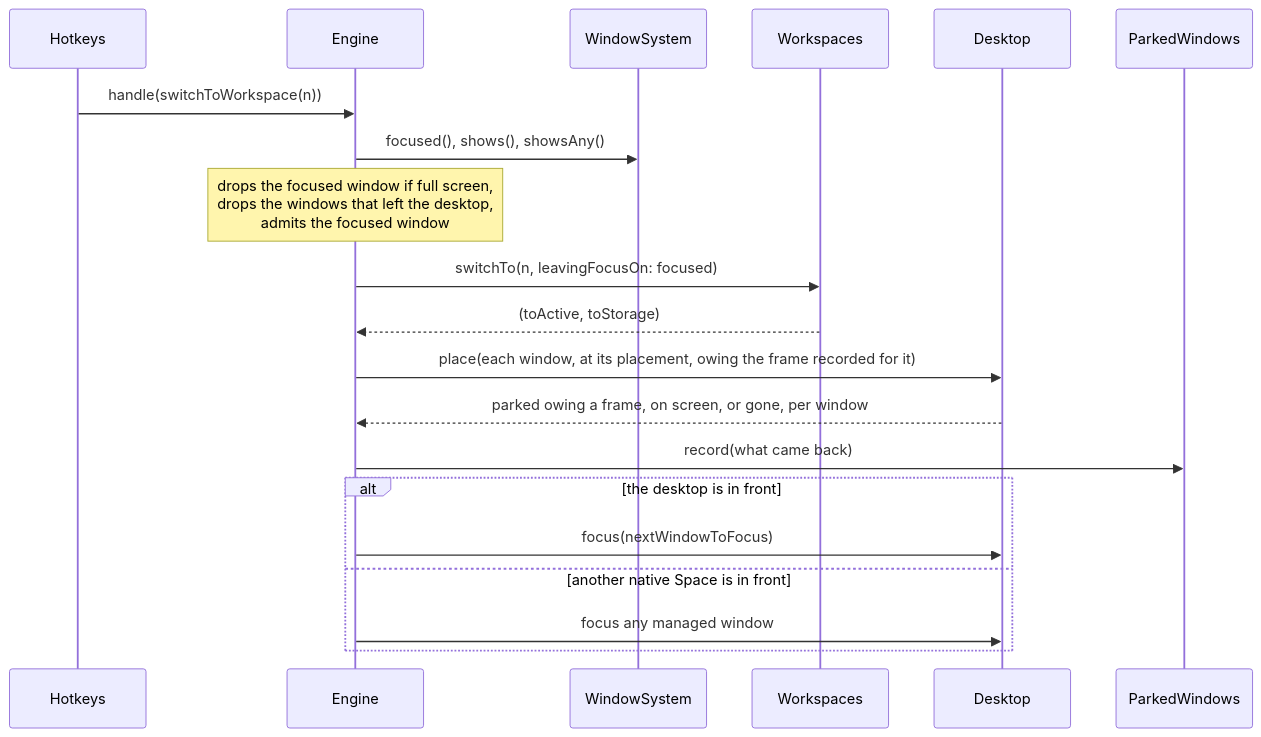
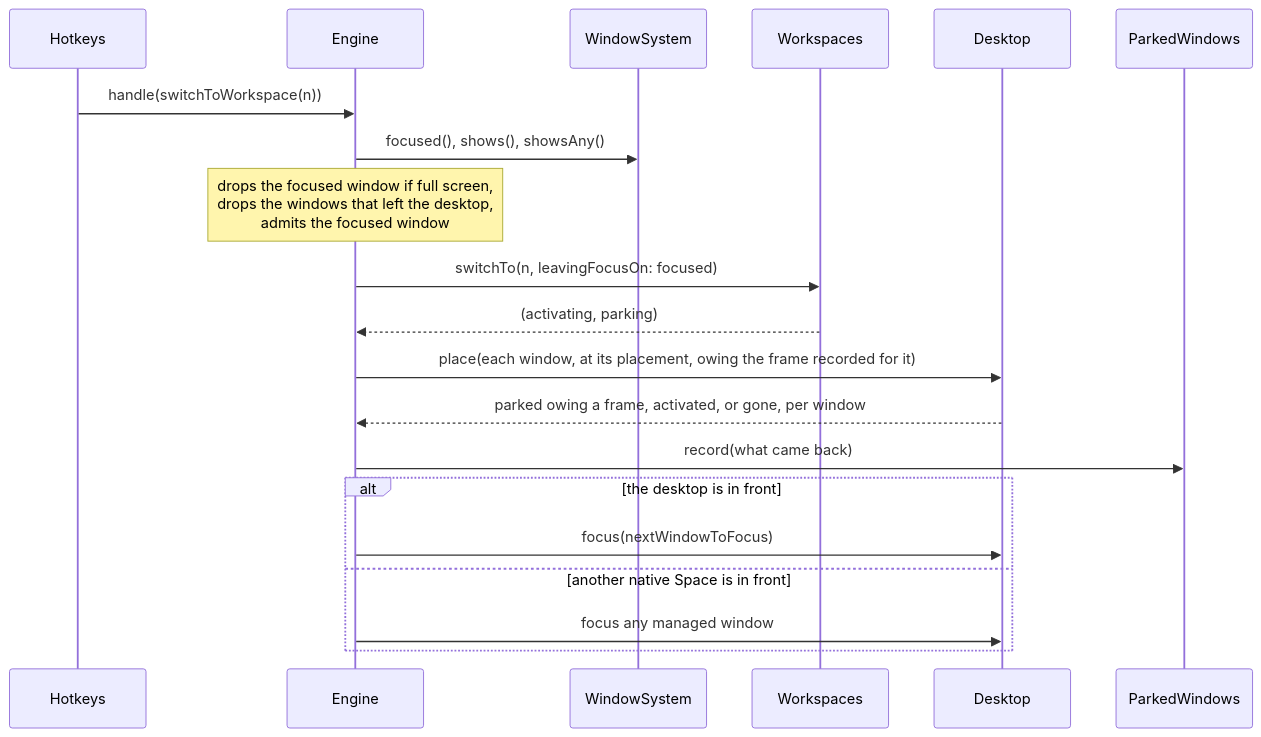
One commit to brennovich/ottowm changed the eighth of 17 diagrams in ARCHITECTURE.md. Above: the diagram before and after it, drawn with Mermaid. The commit also changed other lines of this file and 16 other files, not shown here.

First line of the commit message:
Rename the storage placement to parked

````diff
--- a/ARCHITECTURE.md
+++ b/ARCHITECTURE.md
@@ -175,16 +175,16 @@
 ```mermaid
 sequenceDiagram
     Hotkeys->>Engine: handle(switchToWorkspace(n))
     Engine->>WindowSystem: focused(), shows(), showsAny()
     Note over Engine: drops the focused window if full screen,<br/>drops the windows that left the desktop,<br/>admits the focused window
     Engine->>Workspaces: switchTo(n, leavingFocusOn: focused)
-    Workspaces-->>Engine: (toActive, toStorage)
+    Workspaces-->>Engine: (activating, parking)
     Engine->>Desktop: place(each window, at its placement, owing the frame recorded for it)
-    Desktop-->>Engine: parked owing a frame, on screen, or gone, per window
+    Desktop-->>Engine: parked owing a frame, activated, or gone, per window
     Engine->>ParkedWindows: record(what came back)
     alt the desktop is in front
         Engine->>Desktop: focus(nextWindowToFocus)
     else another native Space is in front
         Engine->>Desktop: focus any managed window
     end
 ```
````
